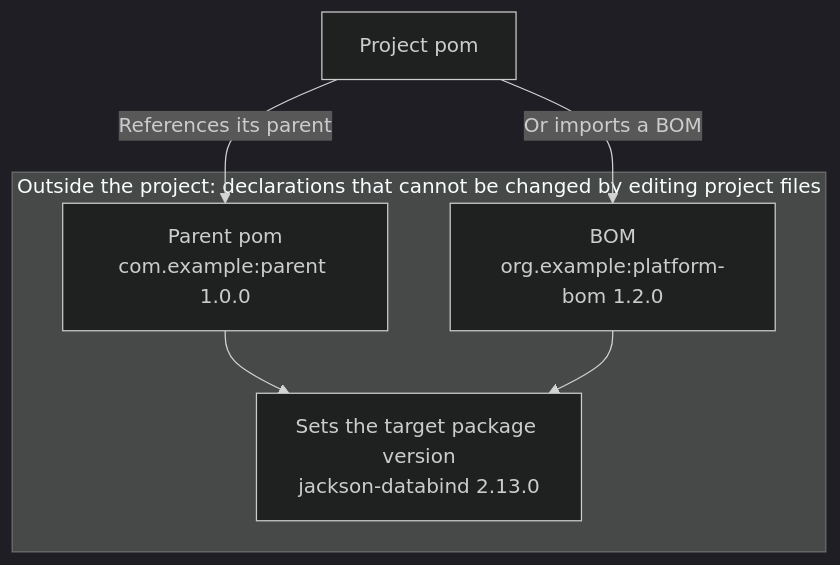
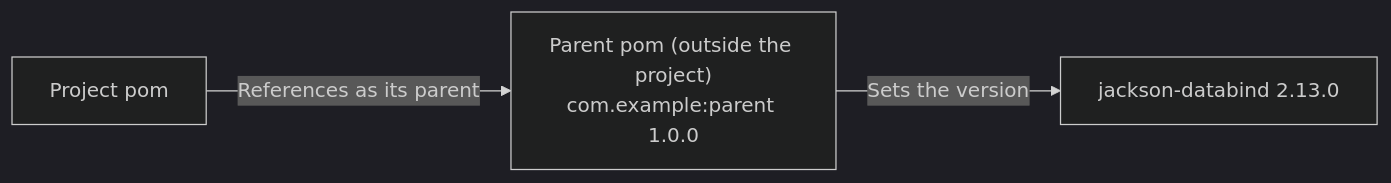
The second of 2 diagrams in docs/documentation/remediation-fix-hints.md (kitsunetrail/kestrelynx), drawn with Mermaid (dark theme) before and after one commit. The commit also changed other lines of this file and 15 other files, not shown here.

````diff
--- a/docs/documentation/remediation-fix-hints.md
+++ b/docs/documentation/remediation-fix-hints.md
@@ -304,9 +230,5 @@
 ```mermaid
-flowchart TD
-    P["Project pom"] -->|"References its parent"| A["Parent pom<br/>com.example:parent 1.0.0"]
-    P -->|"Or imports a BOM"| B["BOM<br/>org.example:platform-bom 1.2.0"]
-    subgraph E["Outside the project: declarations that cannot be changed by editing project files"]
-        A --> V["Sets the target package version<br/>jackson-databind 2.13.0"]
-        B --> V
-    end
+flowchart LR
+    P["Project pom"] -->|"References as its parent"| A["Parent pom (outside the project)<br/>com.example:parent 1.0.0"]
+    A -->|"Sets the version"| V["jackson-databind 2.13.0"]
 ```
````
